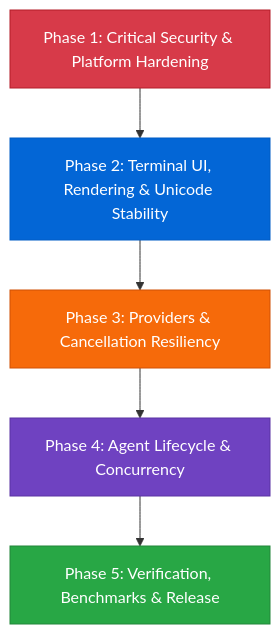
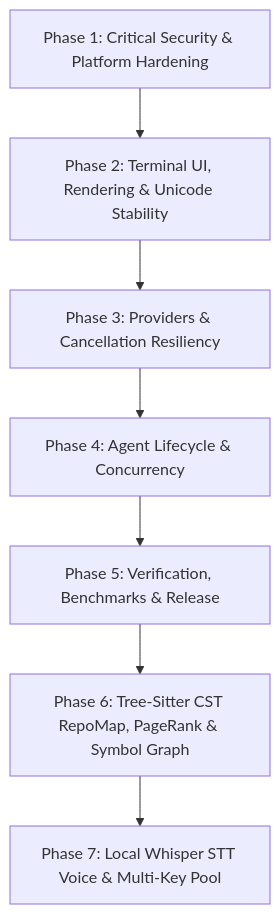
Before and after one commit to The-AnkitPatel/agav: the first of 3 diagrams in phases.md, drawn with Mermaid. The commit also changed other lines of this file and 71 other files, not shown here.

First line of the commit message:
feat: resilient fallback mesh, multi-key pool, local whisper STT, interactive keys wizard & repomap

````diff
--- a/phases.md
+++ b/phases.md
@@ -31,13 +36,9 @@
 ```mermaid
 graph TD
     P1["Phase 1: Critical Security & Platform Hardening"] --> P2["Phase 2: Terminal UI, Rendering & Unicode Stability"]
     P2 --> P3["Phase 3: Providers & Cancellation Resiliency"]
     P3 --> P4["Phase 4: Agent Lifecycle & Concurrency"]
     P4 --> P5["Phase 5: Verification, Benchmarks & Release"]
-
-    style P1 fill:#d73a49,color:#fff,stroke:#b31d28
-    style P2 fill:#0366d6,color:#fff,stroke:#005cc5
-    style P3 fill:#f66a0a,color:#fff,stroke:#d05005
-    style P4 fill:#6f42c1,color:#fff,stroke:#5a32a3
-    style P5 fill:#28a745,color:#fff,stroke:#22863a
+    P5 --> P6["Phase 6: Tree-Sitter CST RepoMap, PageRank & Symbol Graph"]
+    P6 --> P7["Phase 7: Local Whisper STT Voice & Multi-Key Pool"]
 ```
````
